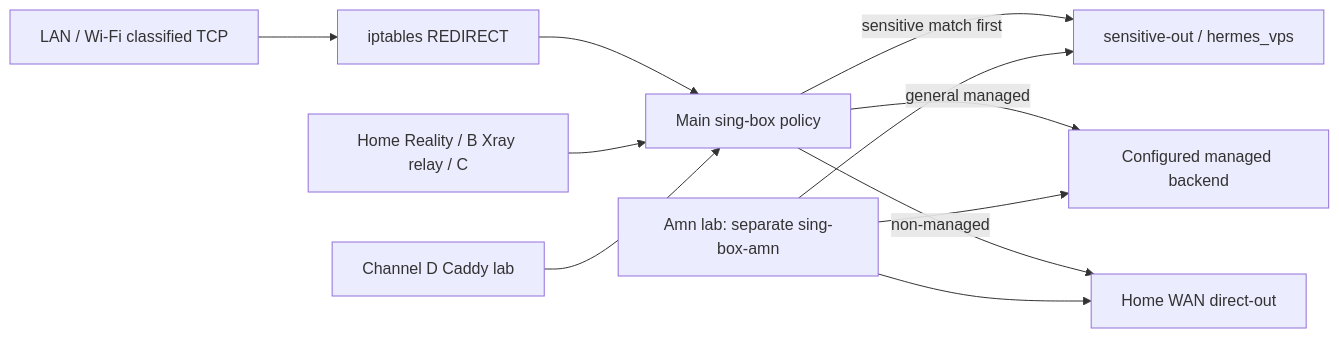
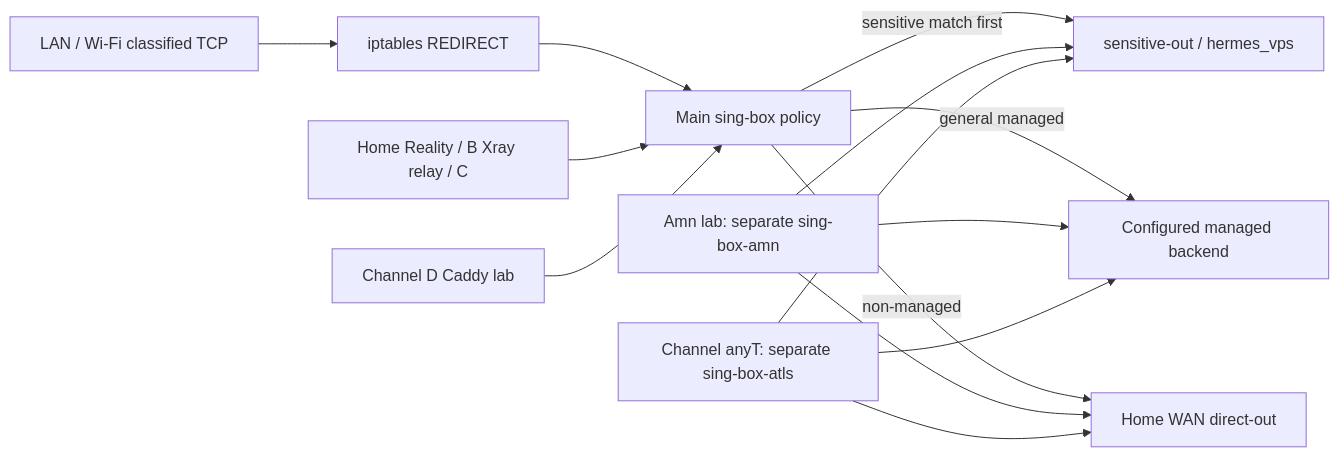
The first of 5 diagrams in docs/router-runtime-map.md (eiler2005/ghostroute), drawn with Mermaid before and after one commit. The commit also changed other lines of this file and 22 other files, not shown here.

Commit message:
Promote Channel anyT with scoped recovery and preserved client imports

````diff
--- a/docs/router-runtime-map.md
+++ b/docs/router-runtime-map.md
@@ -29,14 +29,17 @@
 ```mermaid
 flowchart LR
   lan[LAN / Wi-Fi classified TCP] --> redirect[iptables REDIRECT]
   redirect --> policy[Main sing-box policy]
   mobile[Home Reality / B Xray relay / C] --> policy
   caddyD[Channel D Caddy lab] --> policy
   policy -->|sensitive match first| sensitive[sensitive-out / hermes_vps]
   policy -->|general managed| managed[Configured managed backend]
   policy -->|non-managed| wan[Home WAN direct-out]
   isolated[Amn lab: separate sing-box-amn]
   isolated --> sensitive
   isolated --> managed
   isolated --> wan
+  anyT[Channel anyT: separate sing-box-atls] --> sensitive
+  anyT --> managed
+  anyT --> wan
 ```
````
